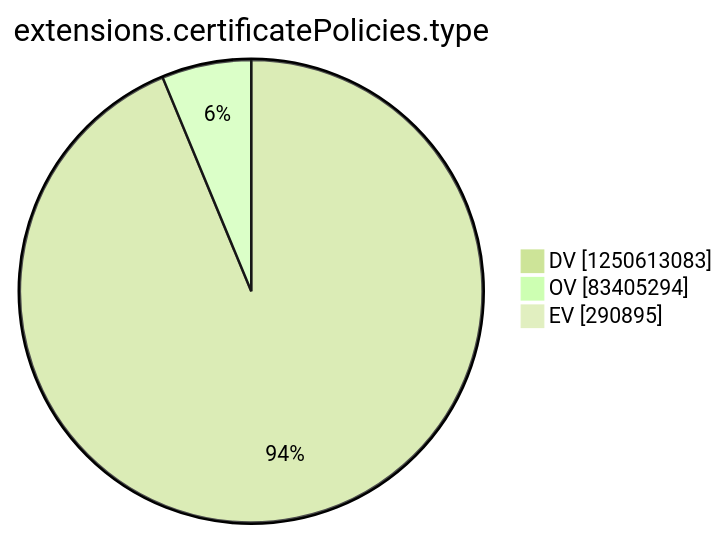
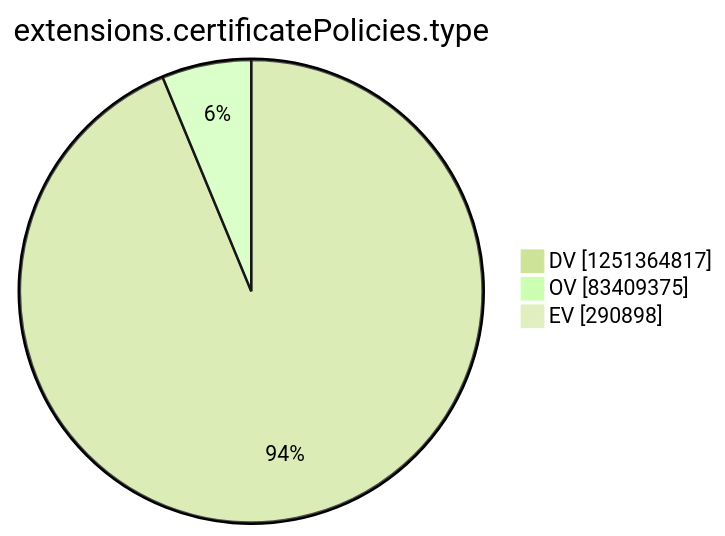
The tenth of 15 diagrams in argon2022/README.md (christiankrug/ctmonitor_visualization), drawn with Mermaid (forest theme) before and after one commit. The commit also changed other lines of this file, not shown here.

````diff
--- a/argon2022/README.md
+++ b/argon2022/README.md
@@ -2771,7 +2771,7 @@
 ```mermaid
 pie showData
 title extensions.certificatePolicies.type
-"DV" :1250613083
-"OV" :83405294
-"EV" :290895
+"DV" :1251364817
+"OV" :83409375
+"EV" :290898
 ```
````
